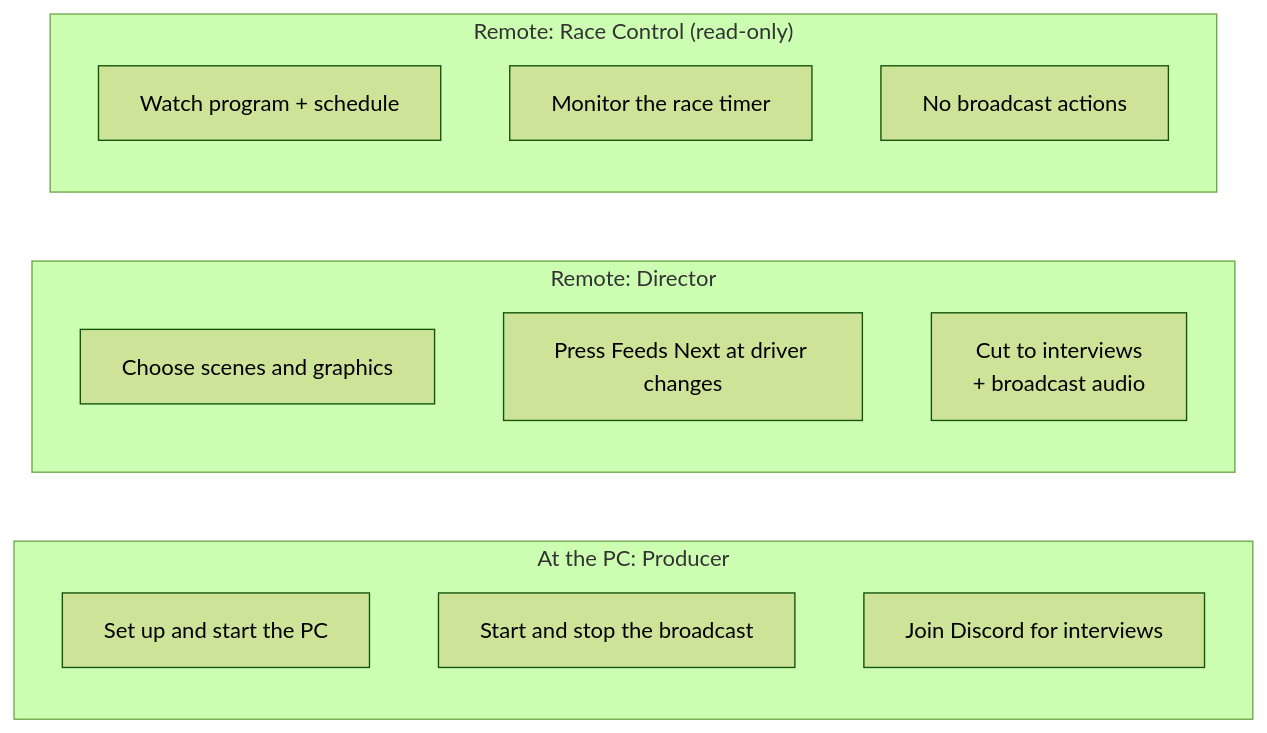
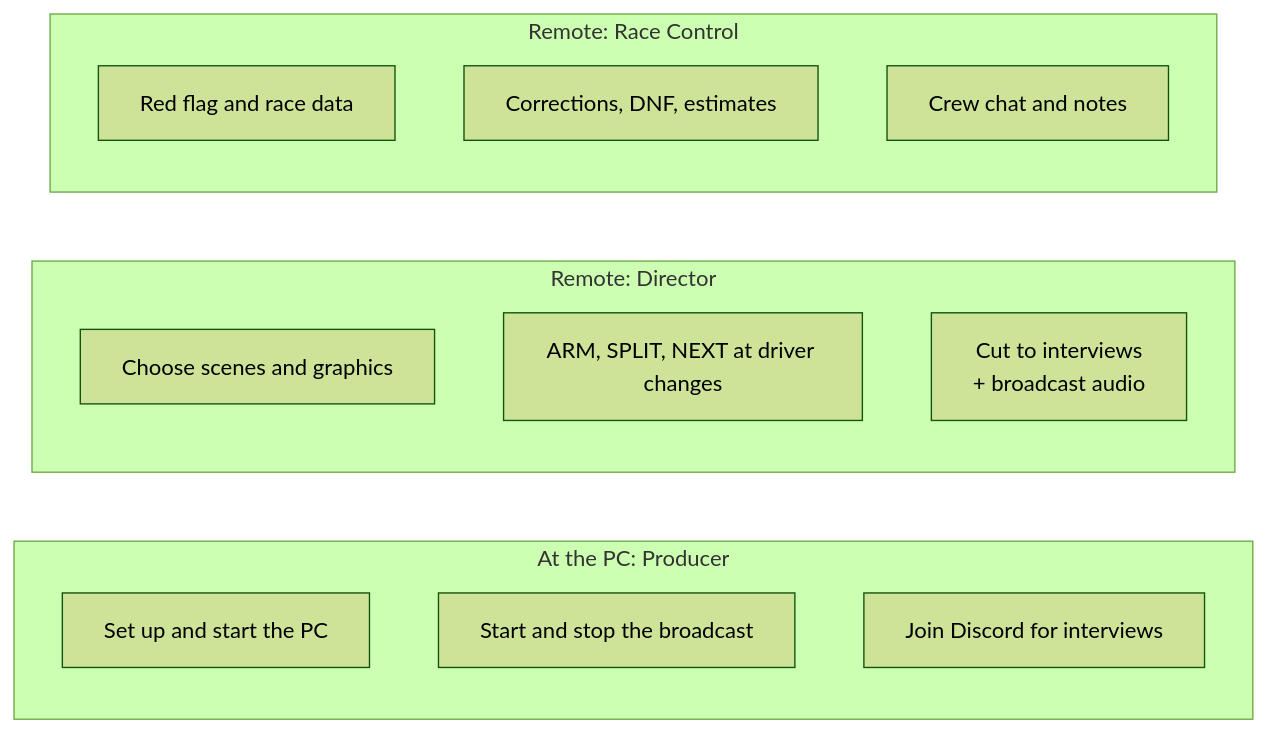
Before and after one commit to jegr78/gt-racing-broadcast: the diagram in src/docs/wiki/Who-does-what.md, drawn with Mermaid (forest theme). The commit also changed other lines of this file and 72 other files, not shown here.

First line of the commit message:
docs(slides): refresh the onboarding decks and add Driver, Race Engineer and Driver Radio decks

````diff
--- a/src/docs/wiki/Who-does-what.md
+++ b/src/docs/wiki/Who-does-what.md
@@ -9,18 +11,18 @@
 ```mermaid
 flowchart LR
   subgraph P["At the PC: Producer"]
     P1["Set up and start the PC"]
     P2["Start and stop the broadcast"]
     P3["Join Discord for interviews"]
   end
   subgraph D["Remote: Director"]
     D1["Choose scenes and graphics"]
-    D2["Press Feeds Next at driver changes"]
+    D2["ARM, SPLIT, NEXT at driver changes"]
     D3["Cut to interviews<br/>+ broadcast audio"]
   end
-  subgraph RC["Remote: Race Control (read-only)"]
-    RC1["Watch program + schedule"]
-    RC2["Monitor the race timer"]
-    RC3["No broadcast actions"]
+  subgraph RC["Remote: Race Control"]
+    RC1["Red flag and race data"]
+    RC2["Corrections, DNF, estimates"]
+    RC3["Crew chat and notes"]
   end
 ```
````
